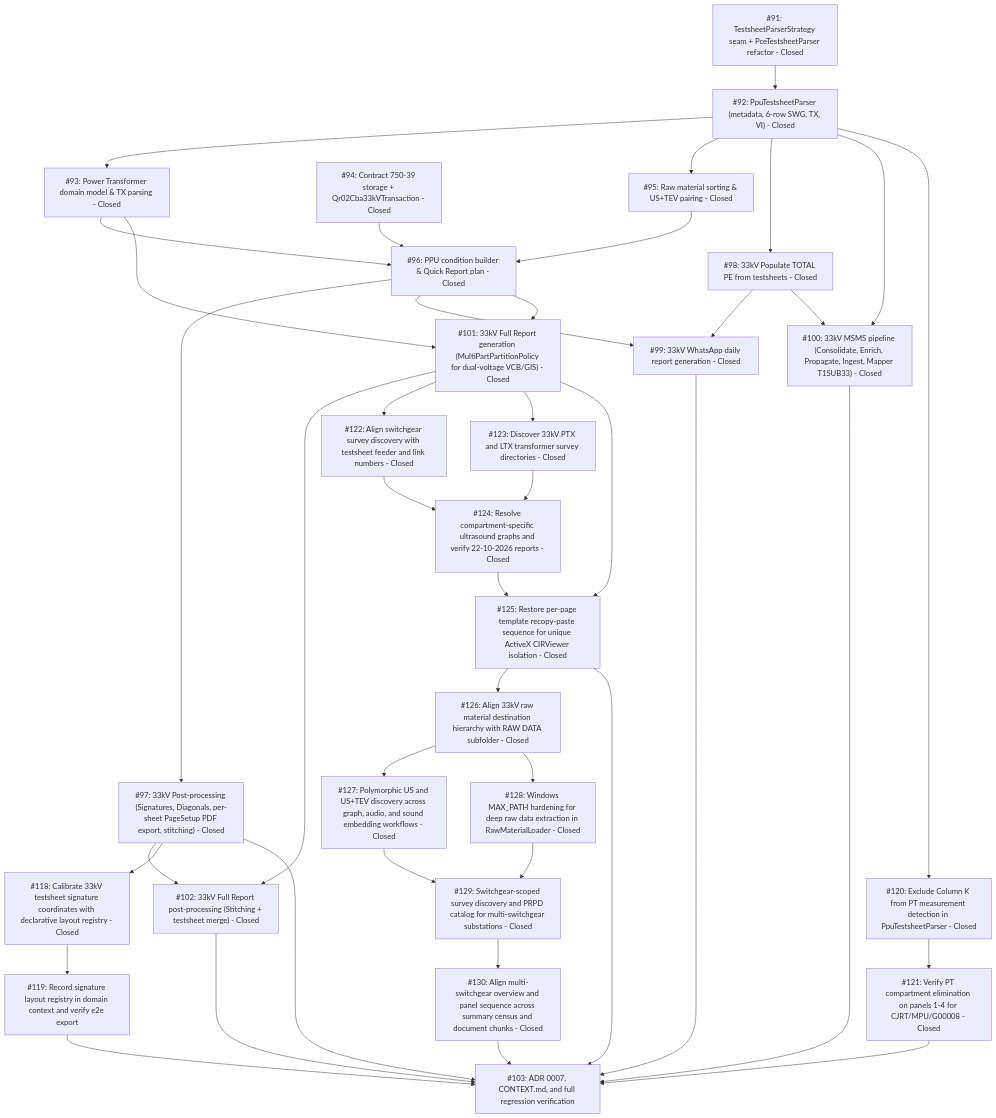
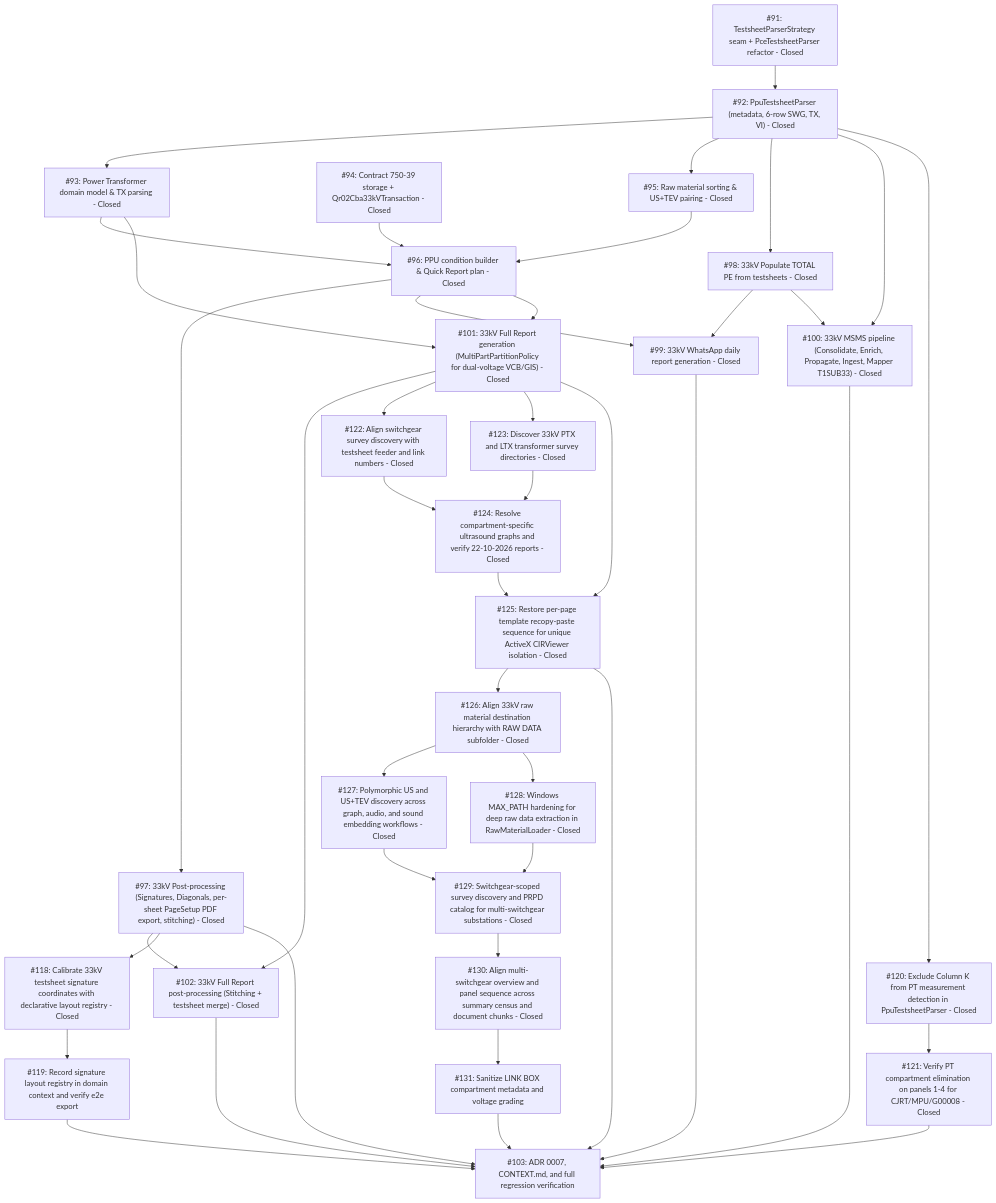
One commit to adamlarGit/pahang-cli changed the diagram in .wayfinder/33kv-system-workflow/map.md. Above: the diagram before and after it, drawn with Mermaid. The commit also changed other lines of this file and 4 other files, not shown here.

Commit message:
feat(full-report): sanitize LINK BOX compartment metadata and voltage grading (#131)

````diff
--- a/.wayfinder/33kv-system-workflow/map.md
+++ b/.wayfinder/33kv-system-workflow/map.md
@@ -55,70 +55,72 @@
 ```mermaid
 graph TD
     T91["#91: TestsheetParserStrategy seam + PceTestsheetParser refactor - Closed"]
     T92["#92: PpuTestsheetParser (metadata, 6-row SWG, TX, VI) - Closed"]
     T93["#93: Power Transformer domain model & TX parsing - Closed"]
     T94["#94: Contract 750-39 storage + Qr02Cba33kVTransaction - Closed"]
     T95["#95: Raw material sorting & US+TEV pairing - Closed"]
     T96["#96: PPU condition builder & Quick Report plan - Closed"]
     T97["#97: 33kV Post-processing (Signatures, Diagonals, per-sheet PageSetup PDF export, stitching) - Closed"]
     T98["#98: 33kV Populate TOTAL PE from testsheets - Closed"]
     T99["#99: 33kV WhatsApp daily report generation - Closed"]
     T100["#100: 33kV MSMS pipeline (Consolidate, Enrich, Propagate, Ingest, Mapper T1SUB33) - Closed"]
     T101["#101: 33kV Full Report generation (MultiPartPartitionPolicy for dual-voltage VCB/GIS) - Closed"]
     T102["#102: 33kV Full Report post-processing (Stitching + testsheet merge) - Closed"]
     T118["#118: Calibrate 33kV testsheet signature coordinates with declarative layout registry - Closed"]
     T119["#119: Record signature layout registry in domain context and verify e2e export"]
     T120["#120: Exclude Column K from PT measurement detection in PpuTestsheetParser - Closed"]
     T121["#121: Verify PT compartment elimination on panels 1-4 for CJRT/MPU/G00008 - Closed"]
     T122["#122: Align switchgear survey discovery with testsheet feeder and link numbers - Closed"]
     T123["#123: Discover 33kV PTX and LTX transformer survey directories - Closed"]
     T124["#124: Resolve compartment-specific ultrasound graphs and verify 22-10-2026 reports - Closed"]
     T125["#125: Restore per-page template recopy-paste sequence for unique ActiveX CIRViewer isolation - Closed"]
     T126["#126: Align 33kV raw material destination hierarchy with RAW DATA subfolder - Closed"]
     T127["#127: Polymorphic US and US+TEV discovery across graph, audio, and sound embedding workflows - Closed"]
     T128["#128: Windows MAX_PATH hardening for deep raw data extraction in RawMaterialLoader - Closed"]
     T129["#129: Switchgear-scoped survey discovery and PRPD catalog for multi-switchgear substations - Closed"]
     T130["#130: Align multi-switchgear overview and panel sequence across summary census and document chunks - Closed"]
+    T131["#131: Sanitize LINK BOX compartment metadata and voltage grading"]
     T103["#103: ADR 0007, CONTEXT.md, and full regression verification"]
 
     T91 --> T92
     T92 --> T93
     T92 --> T95
     T92 --> T98
     T94 --> T96
     T93 --> T96
     T95 --> T96
     T96 --> T97
     T96 --> T99
     T98 --> T99
     T98 --> T100
     T92 --> T100
     T93 --> T101
     T96 --> T101
     T97 --> T102
     T101 --> T102
     T97 --> T118
     T118 --> T119
     T119 --> T103
     T92 --> T120
     T120 --> T121
     T121 --> T103
     T101 --> T122
     T101 --> T123
     T122 --> T124
     T123 --> T124
     T124 --> T125
     T125 --> T126
     T126 --> T127
     T126 --> T128
     T127 --> T129
     T128 --> T129
     T129 --> T130
-    T130 --> T103
+    T130 --> T131
+    T131 --> T103
     T101 --> T125
     T125 --> T103
     T97 --> T103
     T99 --> T103
     T100 --> T103
     T102 --> T103
 ```
````
